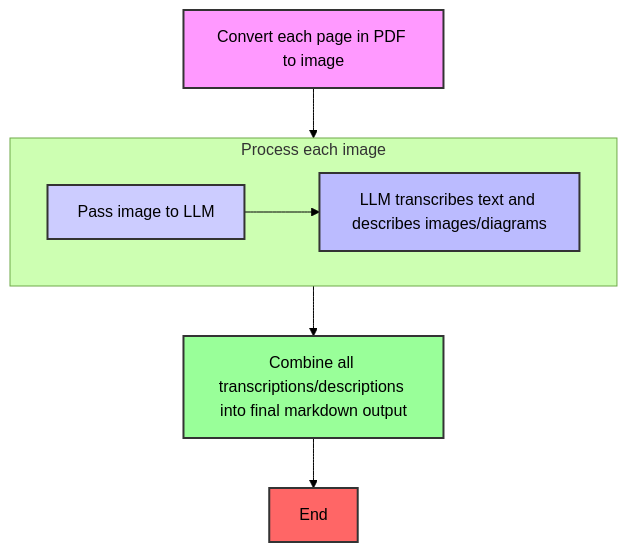
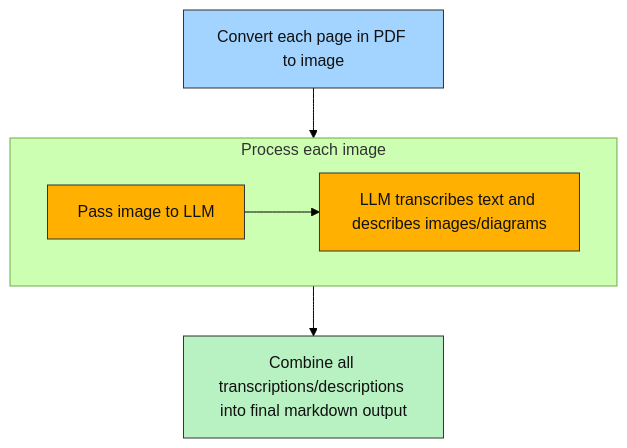
Before and after one commit to DanGiannone1/document_ingestion_for_genai: the first of 2 diagrams in README.md, drawn with Mermaid (forest theme). The commit also changed other lines of this file, not shown here.

````diff
--- a/README.md
+++ b/README.md
@@ -40,16 +40,25 @@
 ```mermaid
 graph TD
 B[Convert each page in PDF to image]
-B --> C;
+B --> C
 subgraph "Process each image"
 direction LR
-C[Pass image to LLM] --> D[LLM transcribes text and describes images/diagrams];
+C[Pass image to LLM] --> D[LLM transcribes text and describes images/diagrams]
 end
-D --> F[Combine all transcriptions/descriptions into final markdown output];
-F --> G[End];
-style B fill:#f9f,stroke:#333,stroke-width:2px
-style C fill:#ccf,stroke:#333,stroke-width:2px
-style D fill:#bbf,stroke:#333,stroke-width:2px
-style F fill:#9f9,stroke:#333,stroke-width:2px
-style G fill:#f66,stroke:#333,stroke-width:2px
+D --> F[Combine all transcriptions/descriptions into final markdown output]
+
+
+%% ---- Reusable style classes (readable on GitHub light & dark) ----
+classDef llm fill:#FFB000,stroke:#333,stroke-width:1px,color:#111;
+classDef nonllm fill:#A3D3FF,stroke:#333,stroke-width:1px,color:#111;
+classDef output fill:#B8F2C2,stroke:#333,stroke-width:1px,color:#111;
+classDef term fill:#EDEDED,stroke:#333,stroke-width:1px,color:#111;
+
+%% ---- Apply classes ----
+class B nonllm;
+class C llm;
+class D llm;
+class F output;
+class G term;
+
 ```
````
